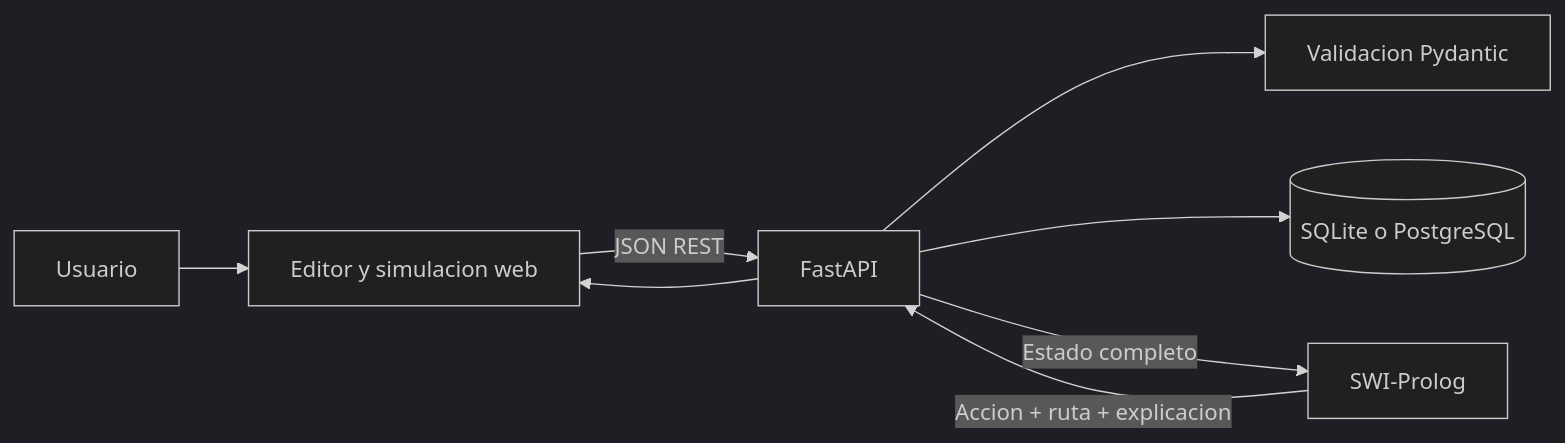
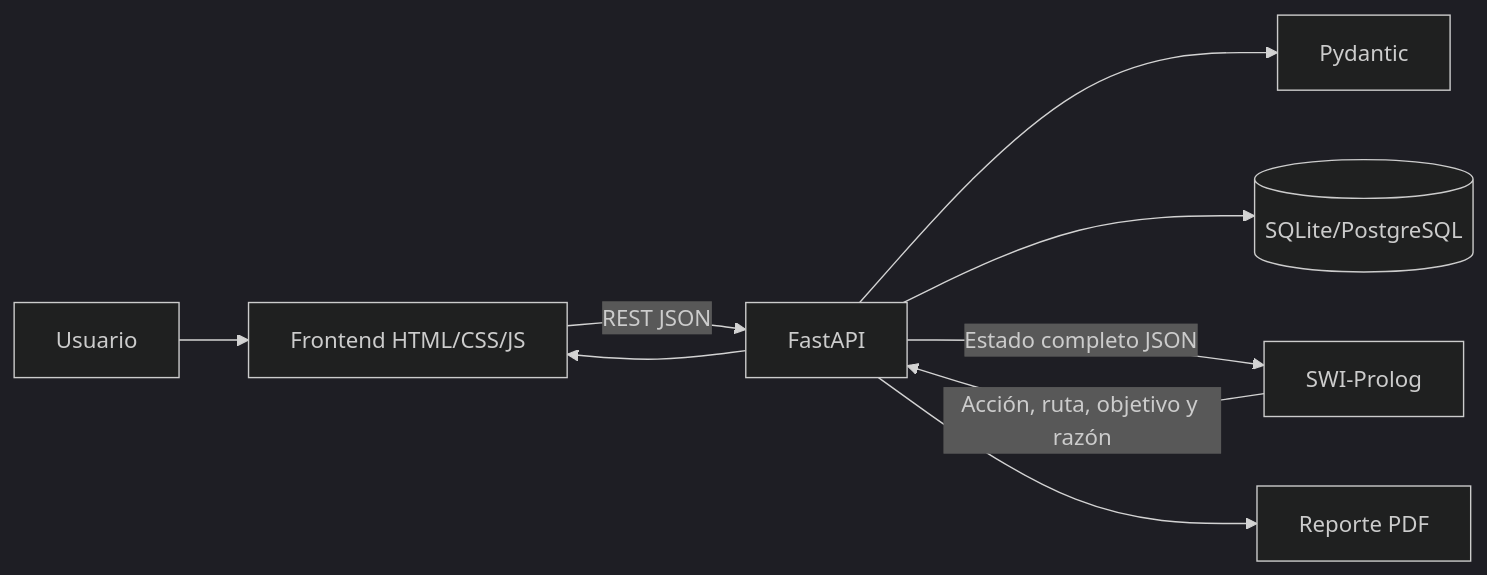
One commit to Pablo-Fernandez-001/IA1_VACASJUN2026_PABLOFERNANDEZ_201807411 changed the diagram in proyecto_f2/docs/MANUAL_TECNICO.md. Above: the diagram before and after it, drawn with Mermaid (dark theme). The commit also changed other lines of this file and 10 other files, not shown here.

````diff
--- a/proyecto_f2/docs/MANUAL_TECNICO.md
+++ b/proyecto_f2/docs/MANUAL_TECNICO.md
@@ -9,10 +11,11 @@
 ```mermaid
 flowchart LR
-    U[Usuario] --> FE[Editor y simulacion web]
-    FE -->|JSON REST| API[FastAPI]
-    API --> VAL[Validacion Pydantic]
-    API --> DB[(SQLite o PostgreSQL)]
-    API -->|Estado completo| PL[SWI-Prolog]
-    PL -->|Accion + ruta + explicacion| API
+    U[Usuario] --> FE[Frontend HTML/CSS/JS]
+    FE -->|REST JSON| API[FastAPI]
+    API --> VAL[Pydantic]
+    API --> DB[(SQLite/PostgreSQL)]
+    API -->|Estado completo JSON| PL[SWI-Prolog]
+    PL -->|Acción, ruta, objetivo y razón| API
     API --> FE
+    API --> PDF[Reporte PDF]
 ```
````
